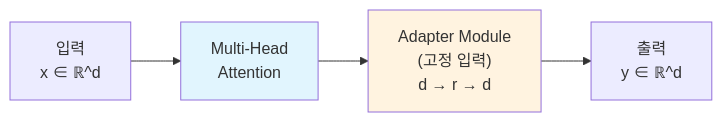
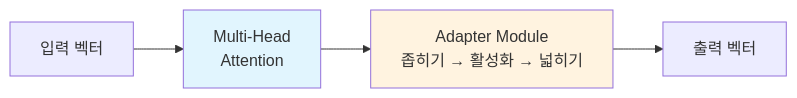
The first of 2 diagrams in docs/ch10A.md (LeeSeogMin/2026NLP), drawn with Mermaid before and after one commit. The commit also changed other lines of this file and 4 other files, not shown here.

````diff
--- a/docs/ch10A.md
+++ b/docs/ch10A.md
@@ -91,9 +127,9 @@
 ```mermaid
 flowchart LR
-    Input["입력<br/>x ∈ ℝ^d"] --> MHA["Multi-Head<br/>Attention"]
-    MHA --> Adapter["Adapter Module<br/>(고정 입력)<br/>d → r → d"]
-    Adapter --> Output["출력<br/>y ∈ ℝ^d"]
+    Input["입력 벡터"] --> MHA["Multi-Head<br/>Attention"]
+    MHA --> Adapter["Adapter Module<br/>좁히기 → 활성화 → 넓히기"]
+    Adapter --> Output["출력 벡터"]
 
     style MHA fill:#e1f5fe
     style Adapter fill:#fff3e0
 ```
````
